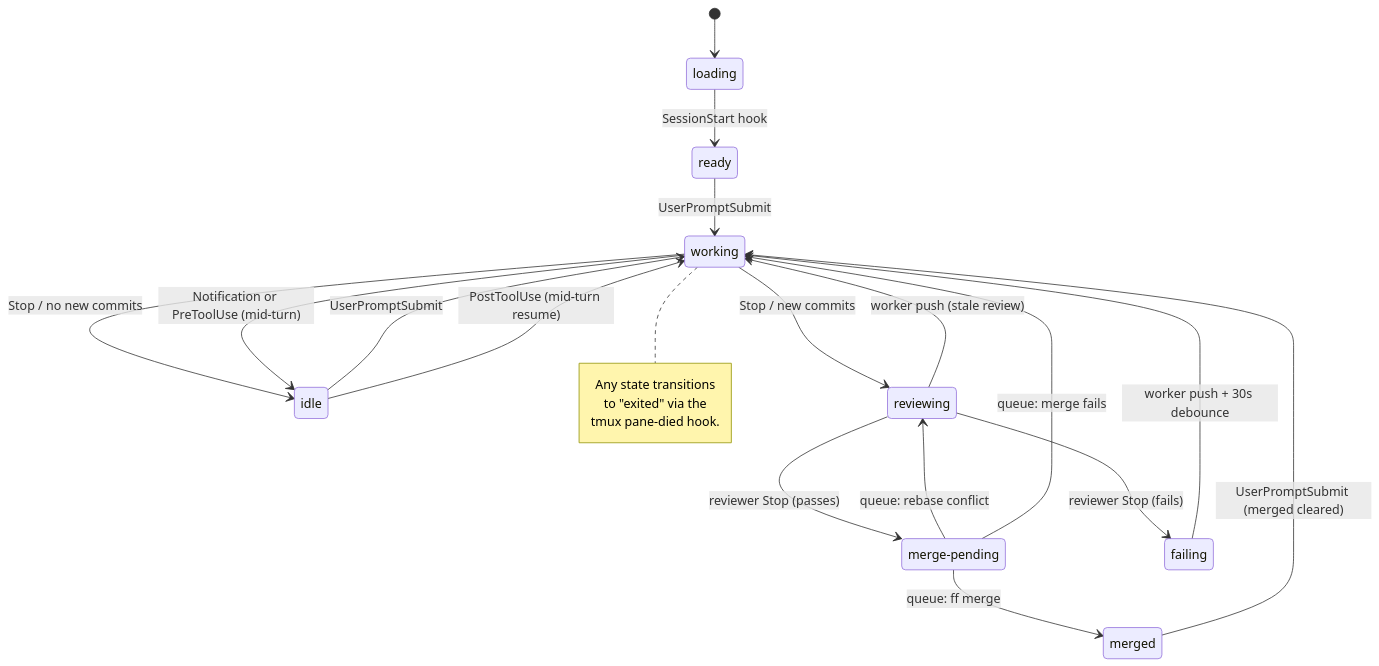
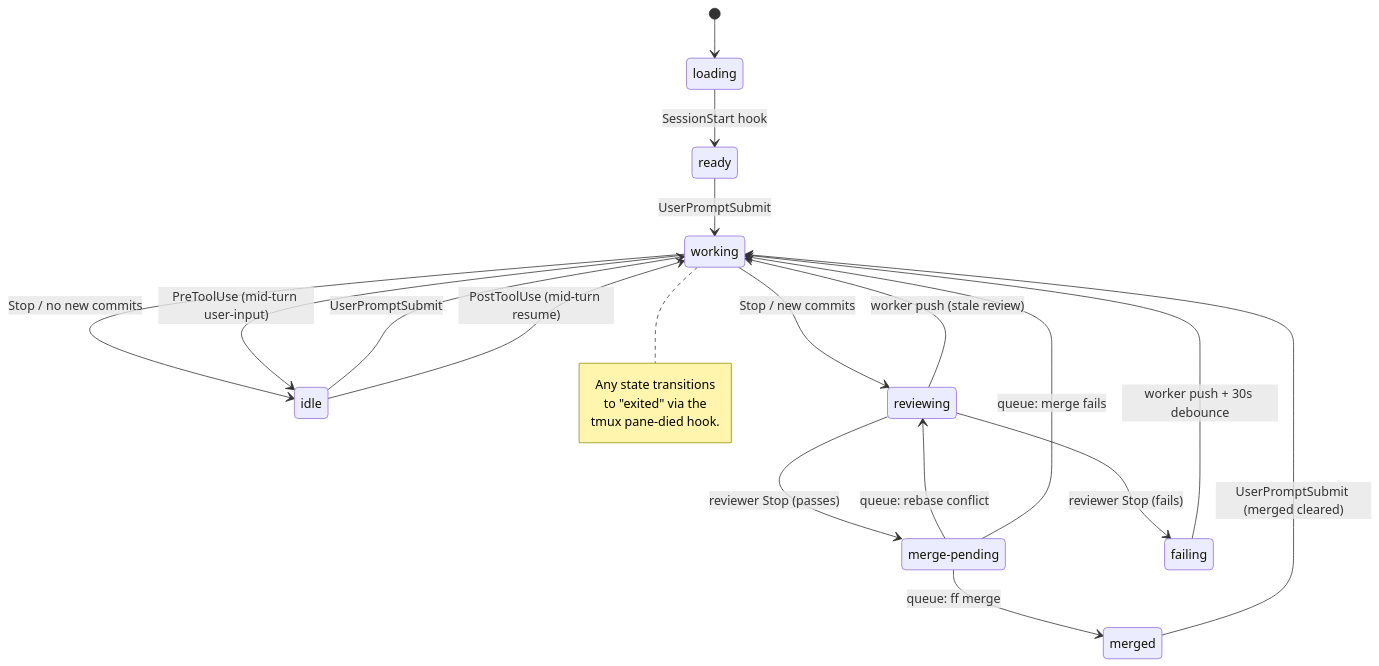
The first of 4 diagrams in src/dashboard/STATUS.md (keychanger/garden), drawn with Mermaid before and after one commit. The commit also changed other lines of this file and 2 other files, not shown here.

First line of the commit message:
fix: hook wrong plan mode tool and remove catch-all Notification hook

````diff
--- a/src/dashboard/STATUS.md
+++ b/src/dashboard/STATUS.md
@@ -55,33 +55,33 @@
 ```mermaid
 stateDiagram-v2
     [*] --> loading
     loading --> ready : SessionStart hook
     ready --> working : UserPromptSubmit
 
     working --> idle : Stop / no new commits
-    working --> idle : Notification or PreToolUse (mid-turn)
+    working --> idle : PreToolUse (mid-turn user-input)
     working --> reviewing : Stop / new commits
 
     idle --> working : UserPromptSubmit
     idle --> working : PostToolUse (mid-turn resume)
 
     reviewing --> merge_pending : reviewer Stop (passes)
     reviewing --> failing : reviewer Stop (fails)
     reviewing --> working : worker push (stale review)
 
     merge_pending --> merged : queue: ff merge
     merge_pending --> reviewing : queue: rebase conflict
     merge_pending --> working : queue: merge fails
 
     merged --> working : UserPromptSubmit (merged cleared)
 
     failing --> working : worker push + 30s debounce
 
     state "merge-pending" as merge_pending
 
     note right of working
         Any state transitions
         to "exited" via the
         tmux pane-died hook.
     end note
 ```
````
